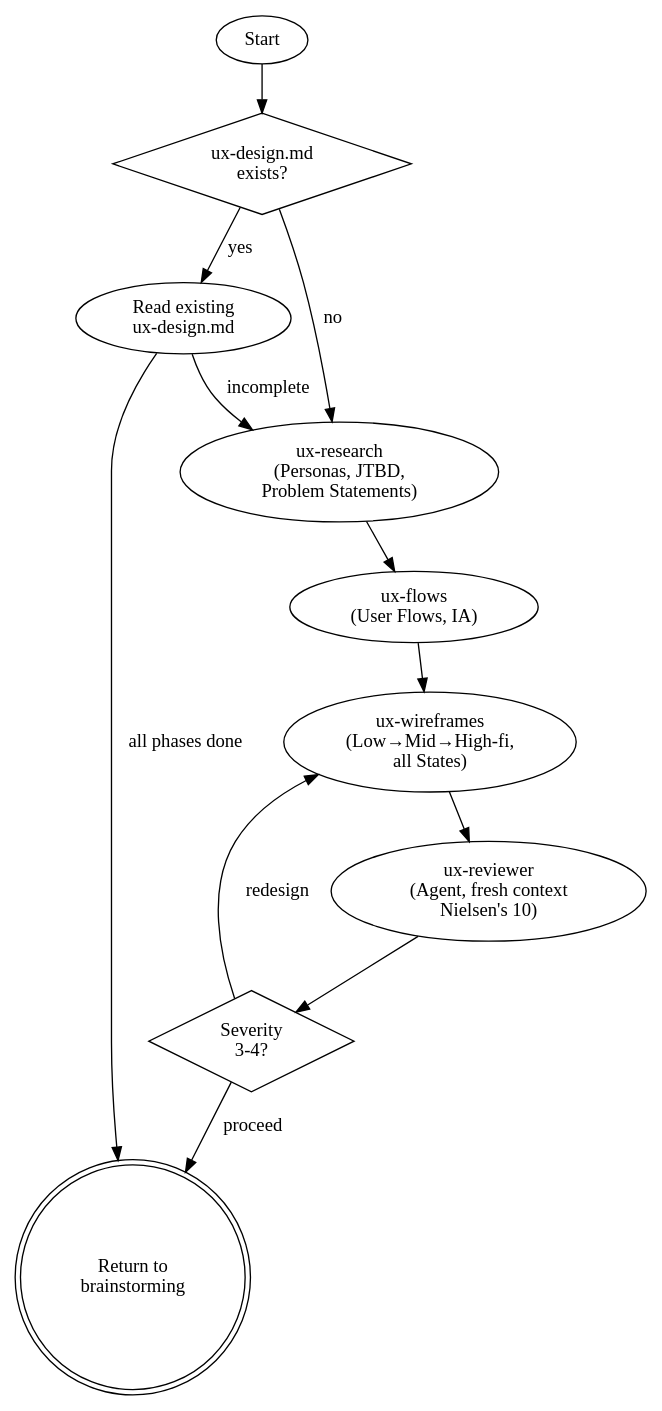
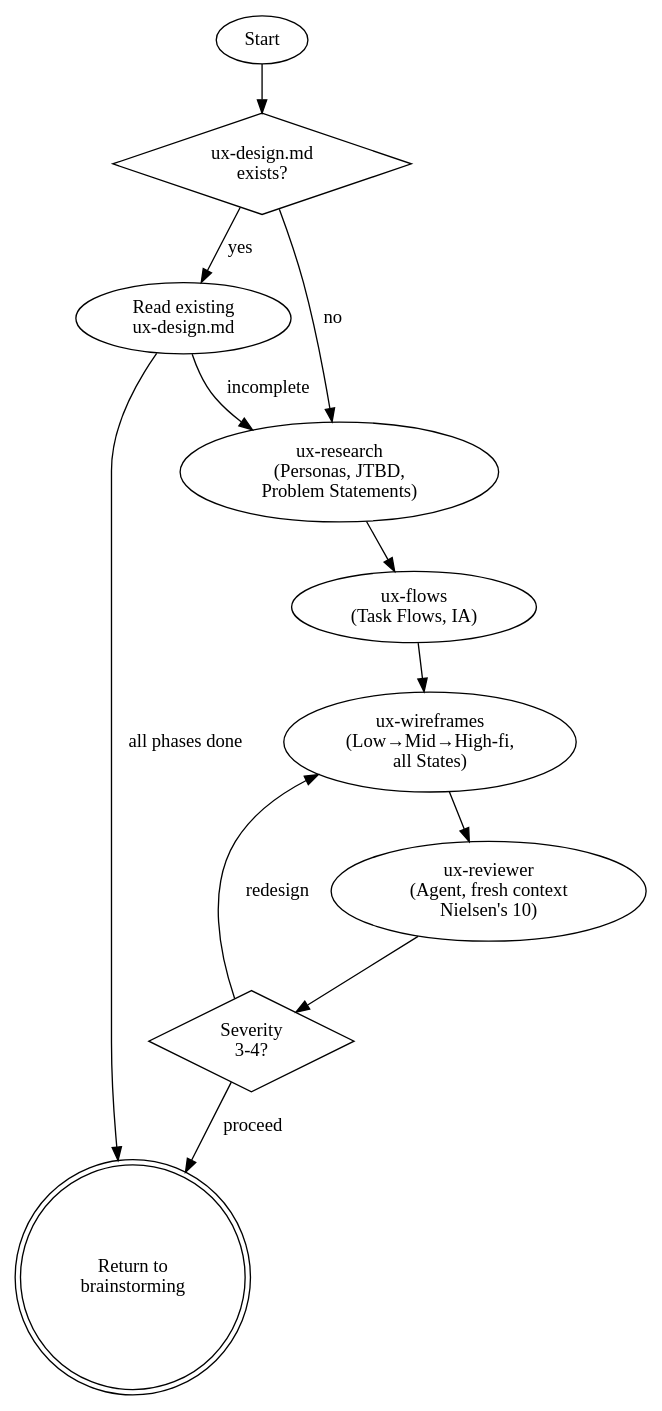
One commit to florian23/superflowers changed the diagram in skills/ux-design/SKILL.md. Above: the diagram before and after it, drawn with Graphviz. The commit also changed other lines of this file and 31 other files, not shown here.

````diff
--- a/skills/ux-design/SKILL.md
+++ b/skills/ux-design/SKILL.md
@@ -24,25 +26,25 @@
 ```dot
 digraph ux_design {
   start [shape=ellipse, label="Start"];
   check [shape=diamond, label="ux-design.md\nexists?"];
   read [label="Read existing\nux-design.md"];
   research [label="ux-research\n(Personas, JTBD,\nProblem Statements)"];
-  flows [label="ux-flows\n(User Flows, IA)"];
+  flows [label="ux-flows\n(Task Flows, IA)"];
   wireframes [label="ux-wireframes\n(Low→Mid→High-fi,\nall States)"];
   validate [label="ux-reviewer\n(Agent, fresh context\nNielsen's 10)"];
   severity [shape=diamond, label="Severity\n3-4?"];
   done [shape=doublecircle, label="Return to\nbrainstorming"];
 
   start -> check;
   check -> read [label="yes"];
   check -> research [label="no"];
   read -> research [label="incomplete"];
   read -> done [label="all phases done"];
   research -> flows;
   flows -> wireframes;
   wireframes -> validate;
   validate -> severity;
   severity -> wireframes [label="redesign"];
   severity -> done [label="proceed"];
 }
 ```
````
